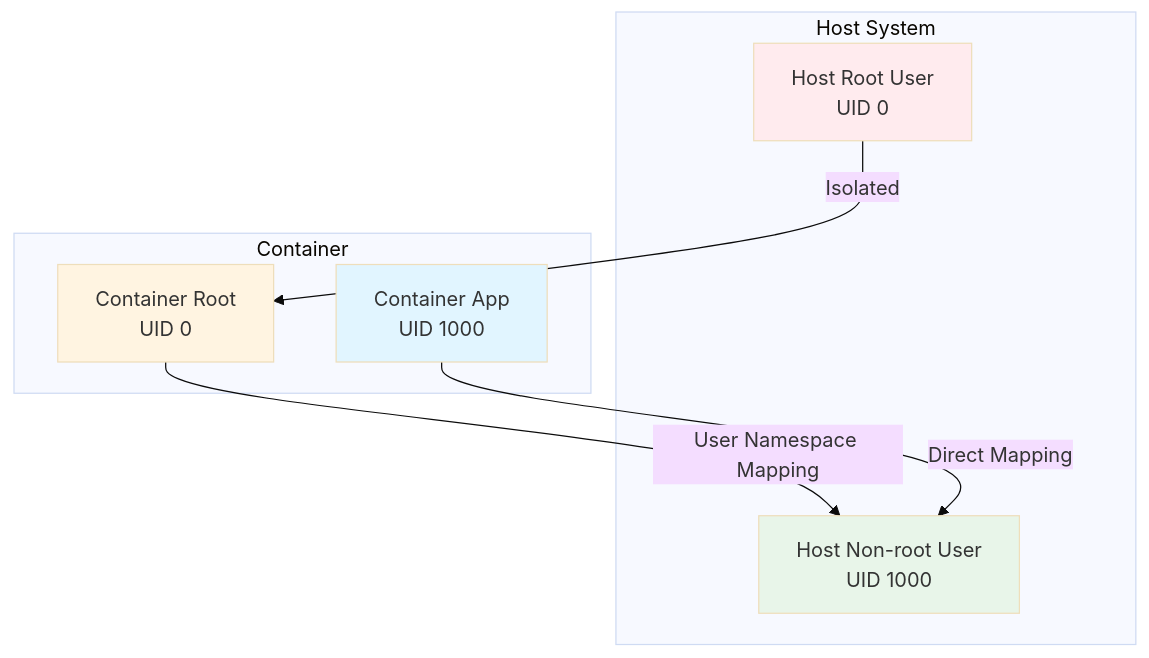
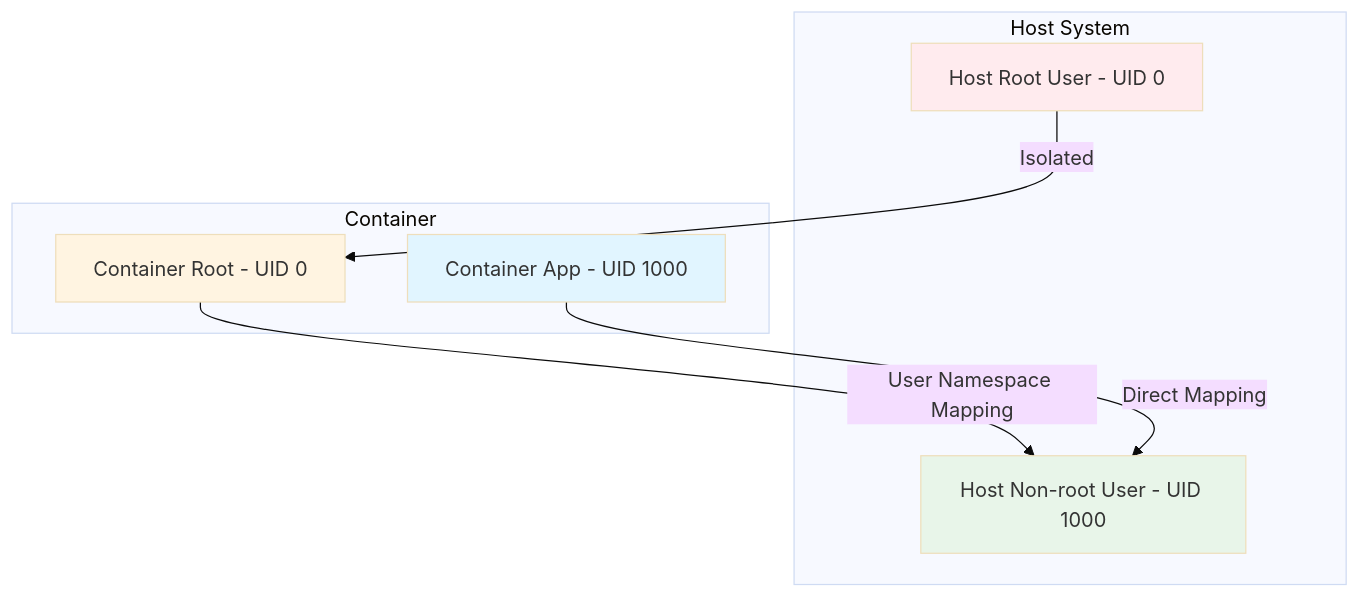
One commit to Twodragon0/tech-blog changed the third of 4 diagrams in _posts/2026-01-15-Cloud_Security_Course_8Batch_7Week_Docker_Kubernetes_Security_Practical_Guide.md. Above: the diagram before and after it, drawn with Mermaid (base theme). The commit also changed other lines of this file, not shown here.

First line of the commit message:
Fix mermaid diagram syntax for Safari compatibility (mermaid 10.9.5+)

````diff
--- a/_posts/2026-01-15-Cloud_Security_Course_8Batch_7Week_Docker_Kubernetes_Security_Practical_Guide.md
+++ b/_posts/2026-01-15-Cloud_Security_Course_8Batch_7Week_Docker_Kubernetes_Security_Practical_Guide.md
@@ -453,21 +453,21 @@
 ```mermaid
 graph TB
     subgraph Host["Host System"]
-        HostRoot["Host Root User<br/>UID 0"]
-        HostUser["Host Non-root User<br/>UID 1000"]
+        HostRoot["Host Root User - UID 0"]
+        HostUser["Host Non-root User - UID 1000"]
     end
     
     subgraph Container["Container"]
-        ContainerRoot["Container Root<br/>UID 0"]
-        ContainerApp["Container App<br/>UID 1000"]
+        ContainerRoot["Container Root - UID 0"]
+        ContainerApp["Container App - UID 1000"]
     end
     
     ContainerRoot -->|"User Namespace Mapping"| HostUser
     ContainerApp -->|"Direct Mapping"| HostUser
     HostRoot -->|"Isolated"| ContainerRoot
     
     style HostRoot fill:#ffebee
     style HostUser fill:#e8f5e9
     style ContainerRoot fill:#fff4e1
     style ContainerApp fill:#e1f5ff
 ```
````
